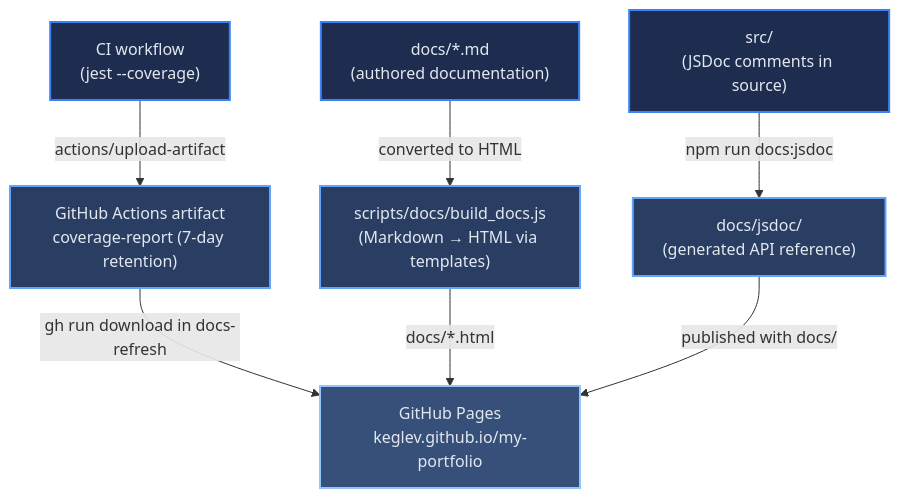
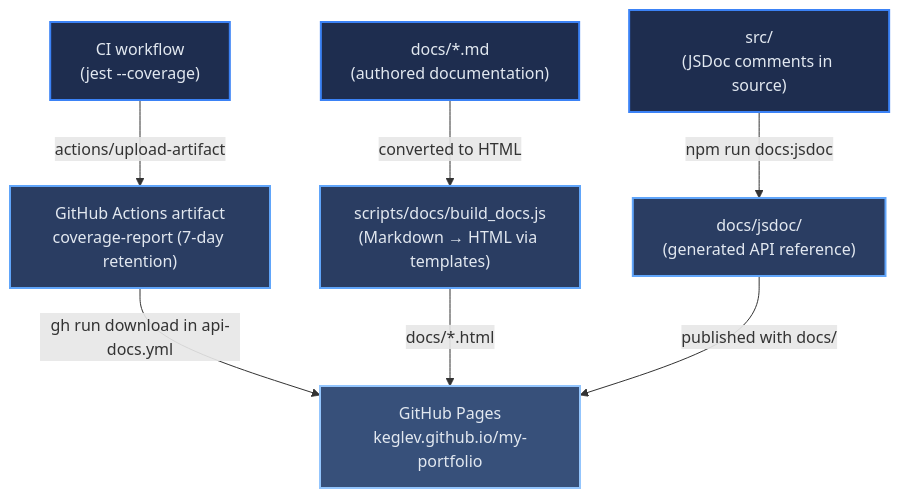
Before and after one commit to Keglev/my-portfolio: the diagram in docs/deploy/data-flow.md, drawn with Mermaid. The commit also changed other lines of this file and 8 other files, not shown here.

````diff
--- a/docs/deploy/data-flow.md
+++ b/docs/deploy/data-flow.md
@@ -29,25 +29,25 @@
 ```mermaid
 flowchart TD
     CIJob["CI workflow\n(jest --coverage)"]
     CoverageArtifact["GitHub Actions artifact\ncoverage-report (7-day retention)"]
     MarkdownDocs["docs/*.md\n(authored documentation)"]
     BuildDocs["scripts/docs/build_docs.js\n(Markdown → HTML via templates)"]
     SrcCode["src/\n(JSDoc comments in source)"]
     JSDocOutput["docs/jsdoc/\n(generated API reference)"]
     GHPages["GitHub Pages\nkeglev.github.io/my-portfolio"]
 
     CIJob -->|"actions/upload-artifact"| CoverageArtifact
-    CoverageArtifact -->|"gh run download in docs-refresh"| GHPages
+    CoverageArtifact -->|"gh run download in api-docs.yml"| GHPages
     MarkdownDocs -->|"converted to HTML"| BuildDocs
     BuildDocs -->|"docs/*.html"| GHPages
     SrcCode -->|"npm run docs:jsdoc"| JSDocOutput
     JSDocOutput -->|"published with docs/"| GHPages
 
     class CIJob,MarkdownDocs,SrcCode l1
     class CoverageArtifact,BuildDocs,JSDocOutput l2
     class GHPages l3
 
     classDef l1 fill:#1e2d4f,stroke:#3B82F6,stroke-width:2px,color:#E2E8F0
     classDef l2 fill:#2a3d62,stroke:#60A5FA,stroke-width:2px,color:#E2E8F0
     classDef l3 fill:#37507a,stroke:#93C5FD,stroke-width:2px,color:#E2E8F0
 ```
````
